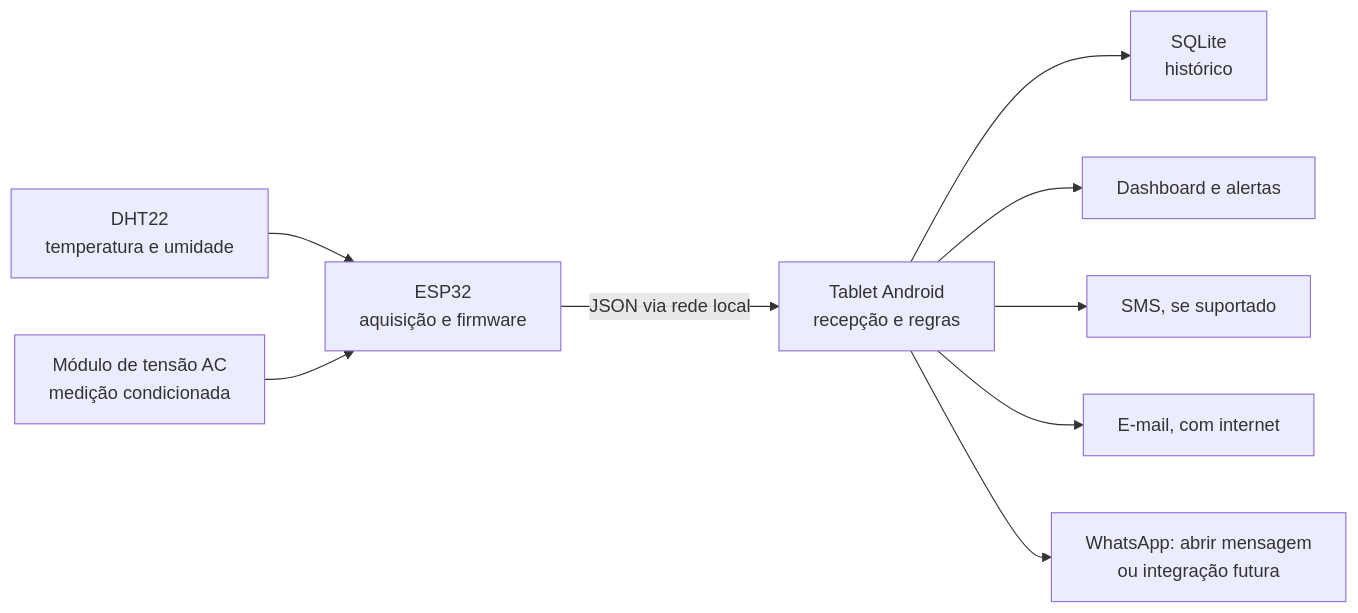
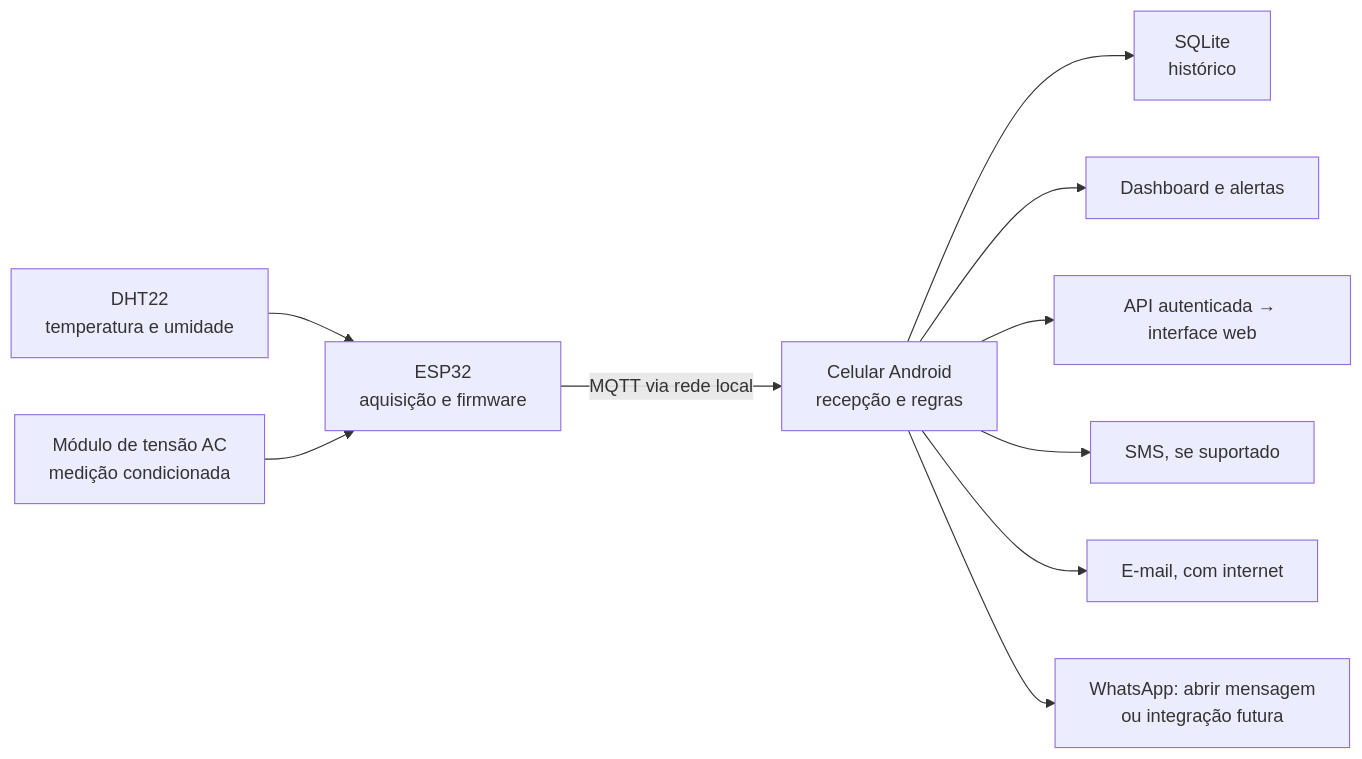
One commit to ThHSzR/winterhold changed the diagram in README.md. Above: the diagram before and after it, drawn with Mermaid. The commit also changed other lines of this file and 12 other files, not shown here.

````diff
--- a/README.md
+++ b/README.md
@@ -17,11 +19,12 @@
 ```mermaid
 flowchart LR
     DHT["DHT22<br/>temperatura e umidade"] --> ESP["ESP32<br/>aquisição e firmware"]
     ZMPT["Módulo de tensão AC<br/>medição condicionada"] --> ESP
-    ESP -->|JSON via rede local| APP["Tablet Android<br/>recepção e regras"]
+    ESP -->|MQTT via rede local| APP["Celular Android<br/>recepção e regras"]
     APP --> DB["SQLite<br/>histórico"]
     APP --> DASH["Dashboard e alertas"]
+    APP --> WEB["API autenticada → interface web"]
     APP --> SMS["SMS, se suportado"]
     APP --> MAIL["E-mail, com internet"]
     APP --> WA["WhatsApp: abrir mensagem<br/>ou integração futura"]
 ```
````
